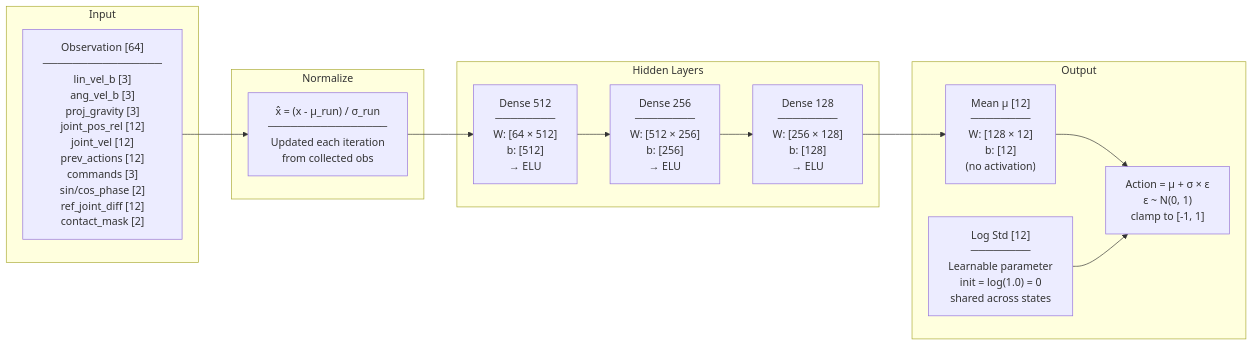
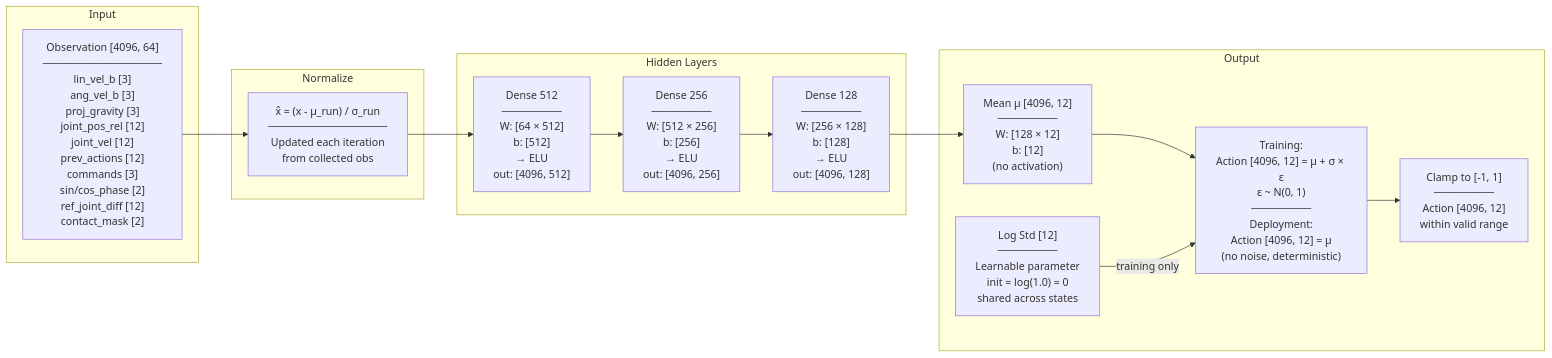
The second of 9 diagrams in docs/PPO_NETWORK.md (armmarov/armrobot), drawn with Mermaid before and after one commit. The commit also changed other lines of this file and 8 other files, not shown here.

First line of the commit message:
Run 8: Match EngineAI gait reference (3 joints/leg) + phase freeze + contact penalty

````diff
--- a/docs/PPO_NETWORK.md
+++ b/docs/PPO_NETWORK.md
@@ -68,25 +70,26 @@
 ```mermaid
 flowchart LR
     subgraph INPUT["Input"]
-        I["Observation [64]<br/>────────────────<br/>lin_vel_b [3]<br/>ang_vel_b [3]<br/>proj_gravity [3]<br/>joint_pos_rel [12]<br/>joint_vel [12]<br/>prev_actions [12]<br/>commands [3]<br/>sin/cos_phase [2]<br/>ref_joint_diff [12]<br/>contact_mask [2]"]
+        I["Observation [4096, 64]<br/>────────────────<br/>lin_vel_b [3]<br/>ang_vel_b [3]<br/>proj_gravity [3]<br/>joint_pos_rel [12]<br/>joint_vel [12]<br/>prev_actions [12]<br/>commands [3]<br/>sin/cos_phase [2]<br/>ref_joint_diff [12]<br/>contact_mask [2]"]
     end
 
     subgraph NORMALIZE["Normalize"]
         N["x̂ = (x - μ_run) / σ_run<br/>────────────────<br/>Updated each iteration<br/>from collected obs"]
     end
 
     subgraph HIDDEN["Hidden Layers"]
-        H1["Dense 512<br/>────────<br/>W: [64 × 512]<br/>b: [512]<br/>→ ELU"]
-        H2["Dense 256<br/>────────<br/>W: [512 × 256]<br/>b: [256]<br/>→ ELU"]
-        H3["Dense 128<br/>────────<br/>W: [256 × 128]<br/>b: [128]<br/>→ ELU"]
+        H1["Dense 512<br/>────────<br/>W: [64 × 512]<br/>b: [512]<br/>→ ELU<br/>out: [4096, 512]"]
+        H2["Dense 256<br/>────────<br/>W: [512 × 256]<br/>b: [256]<br/>→ ELU<br/>out: [4096, 256]"]
+        H3["Dense 128<br/>────────<br/>W: [256 × 128]<br/>b: [128]<br/>→ ELU<br/>out: [4096, 128]"]
     end
 
     subgraph OUTPUT["Output"]
-        MU["Mean μ [12]<br/>────────<br/>W: [128 × 12]<br/>b: [12]<br/>(no activation)"]
+        MU["Mean μ [4096, 12]<br/>────────<br/>W: [128 × 12]<br/>b: [12]<br/>(no activation)"]
         SIGMA["Log Std [12]<br/>────────<br/>Learnable parameter<br/>init = log(1.0) = 0<br/>shared across states"]
-        SAMPLE["Action = μ + σ × ε<br/>ε ~ N(0, 1)<br/>clamp to [-1, 1]"]
+        SAMPLE["Training:<br/>Action [4096, 12] = μ + σ × ε<br/>ε ~ N(0, 1)<br/>────────<br/>Deployment:<br/>Action [4096, 12] = μ<br/>(no noise, deterministic)"]
+        CLAMP["Clamp to [-1, 1]<br/>────────<br/>Action [4096, 12]<br/>within valid range"]
     end
 
-    I --> N --> H1 --> H2 --> H3 --> MU --> SAMPLE
-    SIGMA --> SAMPLE
+    I --> N --> H1 --> H2 --> H3 --> MU --> SAMPLE --> CLAMP
+    SIGMA -->|"training only"| SAMPLE
 ```
````
